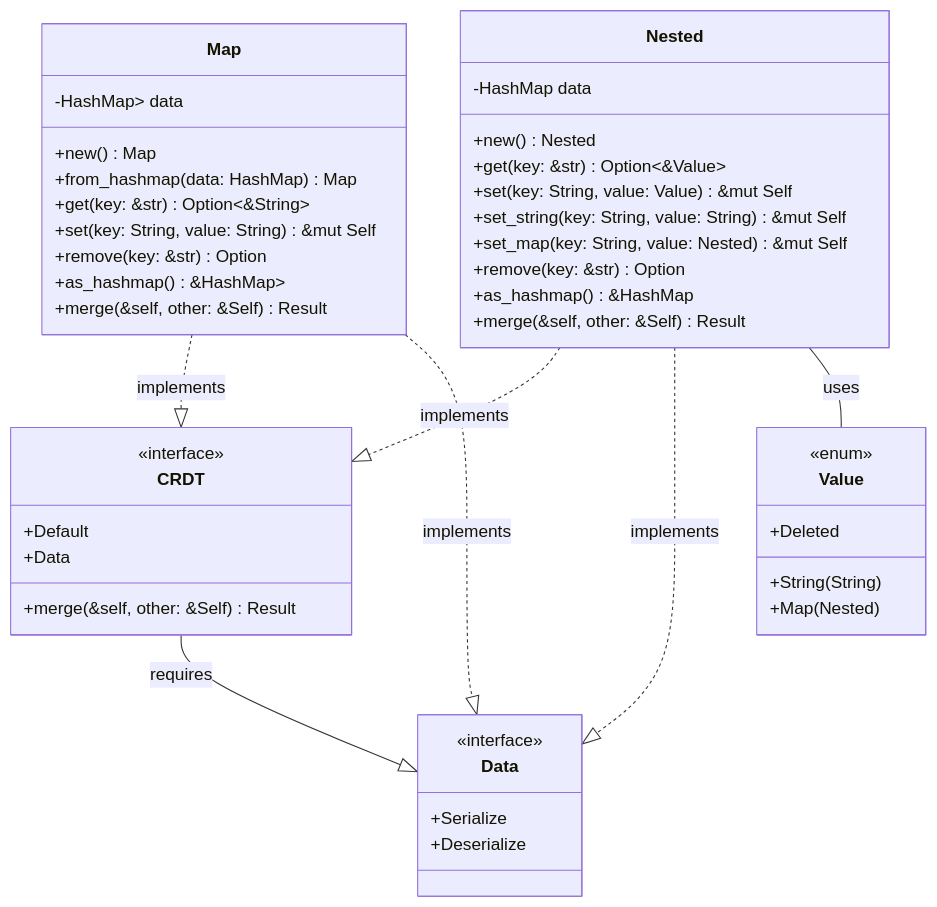
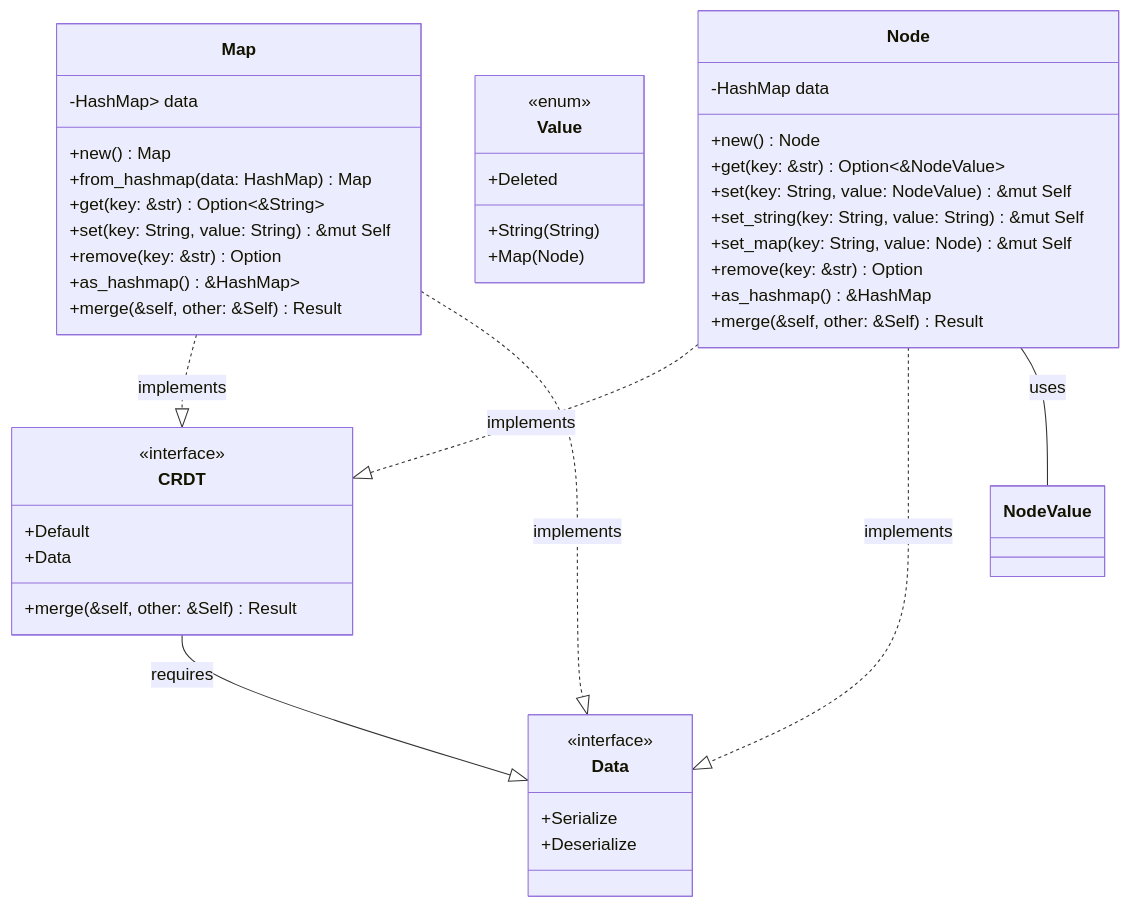
One commit to arcuru/eidetica changed the diagram in docs/src/internal/core_components/crdt.md. Above: the diagram before and after it, drawn with Mermaid. The commit also changed other lines of this file and 11 other files, not shown here.

Commit message:
docs(crdt): updating Nested -> Node

````diff
--- a/docs/src/internal/core_components/crdt.md
+++ b/docs/src/internal/core_components/crdt.md
@@ -7,52 +7,52 @@
 ```mermaid
 classDiagram
     class Data {
         <<interface>>
         +Serialize
         +Deserialize
     }
 
     class CRDT {
         <<interface>>
         +Default
         +Data
         +merge(&self, other: &Self) Result<Self>
     }
 
     class Map {
         -HashMap<String, Option<String>> data
         +new() Map
         +from_hashmap(data: HashMap<String, String>) Map
         +get(key: &str) Option<&String>
         +set(key: String, value: String) &mut Self
         +remove(key: &str) Option<String>
         +as_hashmap() &HashMap<String, Option<String>>
         +merge(&self, other: &Self) Result<Self>
     }
 
     class Value {
         <<enum>>
         +String(String)
-        +Map(Nested)
+        +Map(Node)
         +Deleted
     }
 
-    class Nested {
-        -HashMap<String, Value> data
-        +new() Nested
-        +get(key: &str) Option<&Value>
-        +set(key: String, value: Value) &mut Self
+    class Node {
+        -HashMap<String, NodeValue> data
+        +new() Node
+        +get(key: &str) Option<&NodeValue>
+        +set(key: String, value: NodeValue) &mut Self
         +set_string(key: String, value: String) &mut Self
-        +set_map(key: String, value: Nested) &mut Self
-        +remove(key: &str) Option<Value>
-        +as_hashmap() &HashMap<String, Value>
+        +set_map(key: String, value: Node) &mut Self
+        +remove(key: &str) Option<NodeValue>
+        +as_hashmap() &HashMap<String, NodeValue>
         +merge(&self, other: &Self) Result<Self>
     }
 
     CRDT --|> Data : requires
     Map ..|> CRDT : implements
     Map ..|> Data : implements
-    Nested ..|> CRDT : implements
-    Nested ..|> Data : implements
-    Nested -- Value : uses
+    Node ..|> CRDT : implements
+    Node ..|> Data : implements
+    Node -- NodeValue : uses
 ```
````
